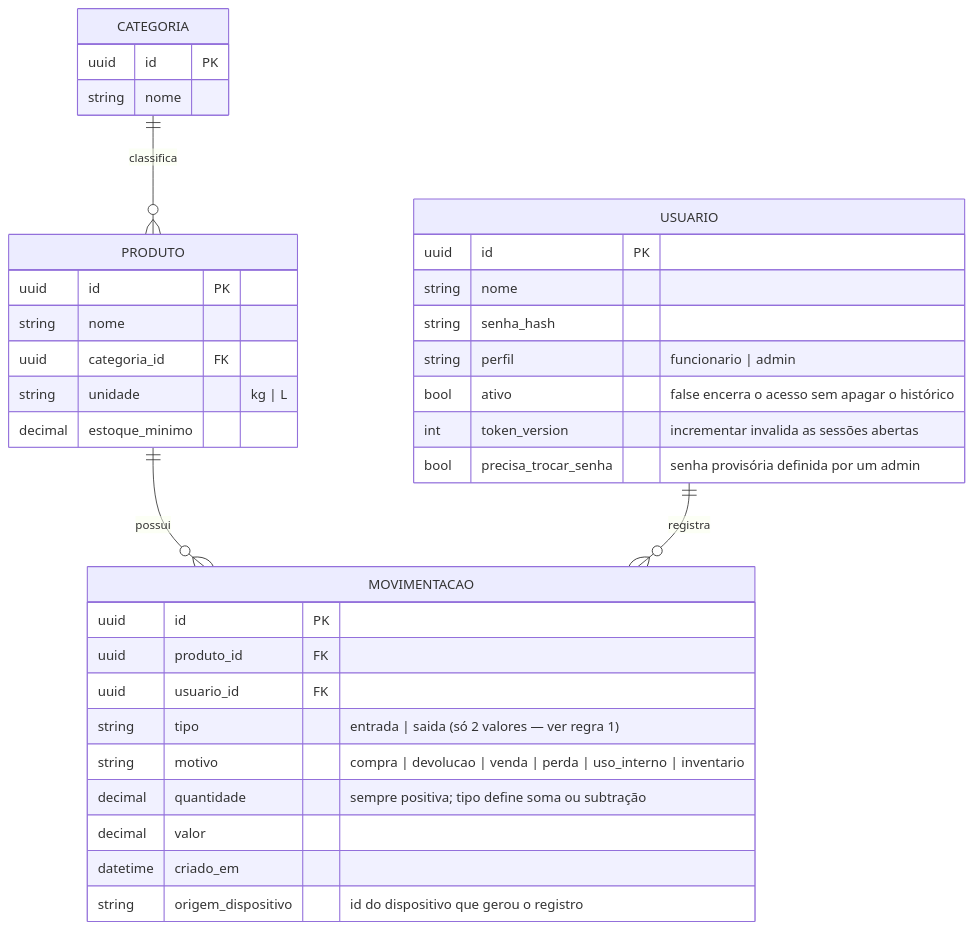
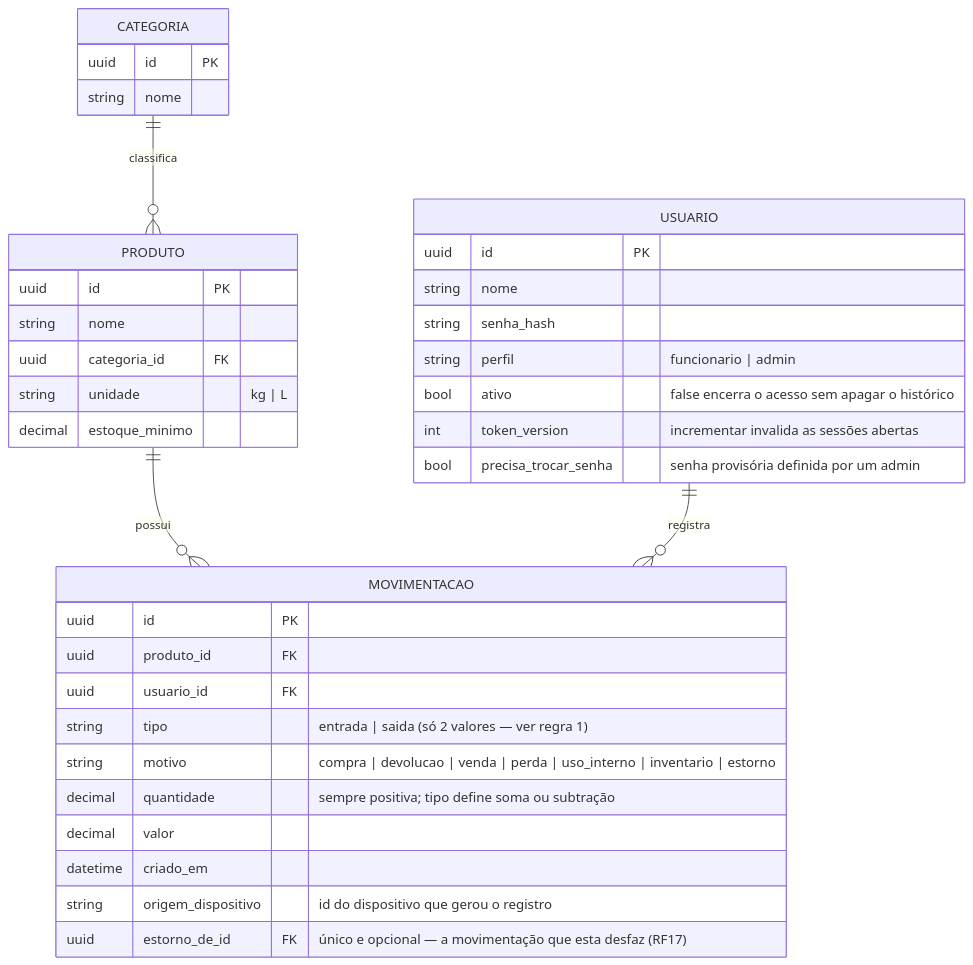
The diagram in docs/especificacao-requisitos.md (SergioGuthyerres/CONTROLE-ESTOQUE), drawn with Mermaid before and after one commit. The commit also changed other lines of this file and 14 other files, not shown here.

First line of the commit message:
feat: desfaz movimentacao pelo historico criando o estorno (RF17)

````diff
--- a/docs/especificacao-requisitos.md
+++ b/docs/especificacao-requisitos.md
@@ -44,38 +45,39 @@
 ```mermaid
 erDiagram
     USUARIO {
         uuid id PK
         string nome
         string senha_hash
         string perfil "funcionario | admin"
         bool ativo "false encerra o acesso sem apagar o histórico"
         int token_version "incrementar invalida as sessões abertas"
         bool precisa_trocar_senha "senha provisória definida por um admin"
     }
     CATEGORIA {
         uuid id PK
         string nome
     }
     PRODUTO {
         uuid id PK
         string nome
         uuid categoria_id FK
         string unidade "kg | L"
         decimal estoque_minimo
     }
     MOVIMENTACAO {
         uuid id PK
         uuid produto_id FK
         uuid usuario_id FK
         string tipo "entrada | saida (só 2 valores — ver regra 1)"
-        string motivo "compra | devolucao | venda | perda | uso_interno | inventario"
+        string motivo "compra | devolucao | venda | perda | uso_interno | inventario | estorno"
         decimal quantidade "sempre positiva; tipo define soma ou subtração"
         decimal valor
         datetime criado_em
         string origem_dispositivo "id do dispositivo que gerou o registro"
+        uuid estorno_de_id FK "único e opcional — a movimentação que esta desfaz (RF17)"
     }
 
     CATEGORIA ||--o{ PRODUTO : classifica
     PRODUTO ||--o{ MOVIMENTACAO : possui
     USUARIO ||--o{ MOVIMENTACAO : registra
 ```
````
